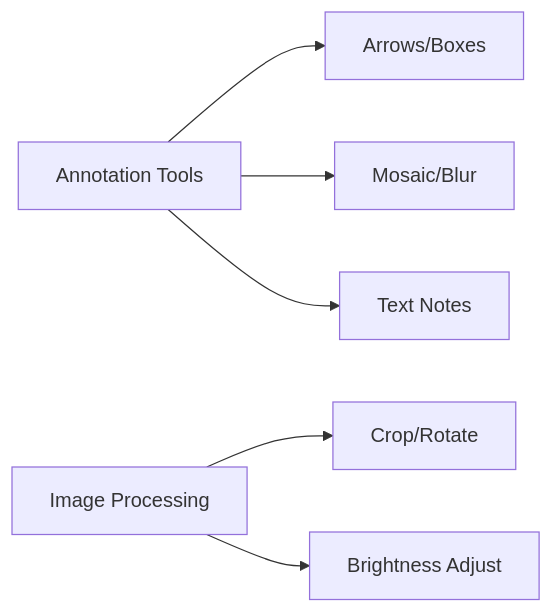
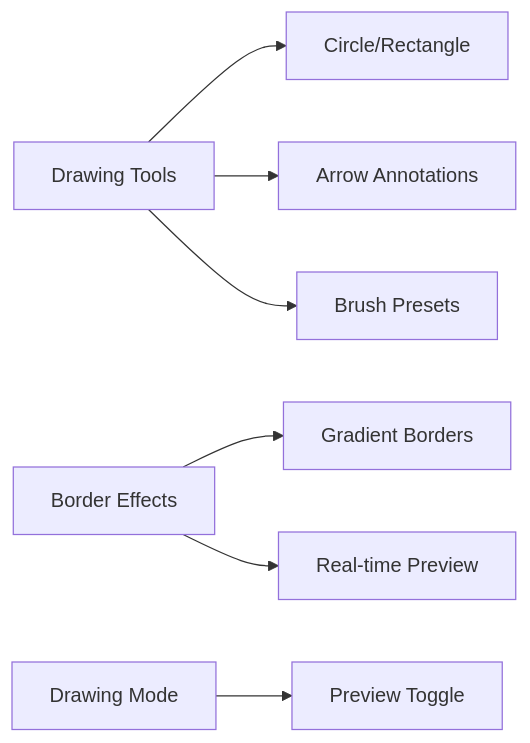
Before and after one commit to FeynmanXie/FastScreeny: the second of 3 diagrams in README.md, drawn with Mermaid. The commit also changed other lines of this file and 39 other files, not shown here.

Commit message:
Update 1.0.1: Enhanced Editor Interface, Drawing Mode, and Bug Fixes

````diff
--- a/README.md
+++ b/README.md
@@ -24,8 +24,9 @@
 ```mermaid
 graph LR
-    A[Annotation Tools] --> B[Arrows/Boxes]
-    A --> C[Mosaic/Blur]
-    A --> D[Text Notes]
-    E[Image Processing] --> F[Crop/Rotate]
-    E --> G[Brightness Adjust]
+    A[Drawing Tools] --> B[Circle/Rectangle]
+    A --> C[Arrow Annotations]
+    A --> D[Brush Presets]
+    E[Border Effects] --> F[Gradient Borders]
+    E --> G[Real-time Preview]
+    H[Drawing Mode] --> I[Preview Toggle]
 ```
````
